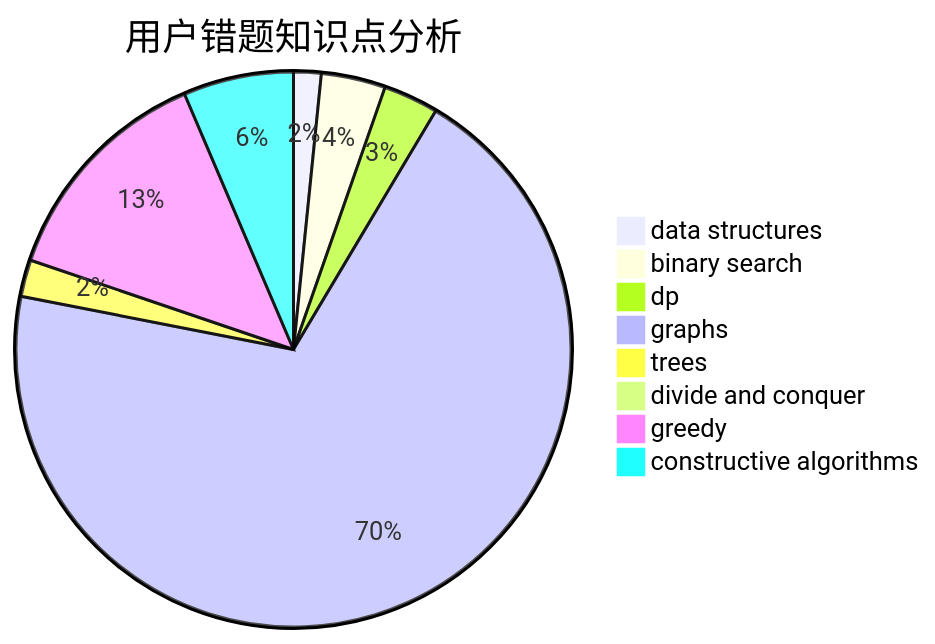
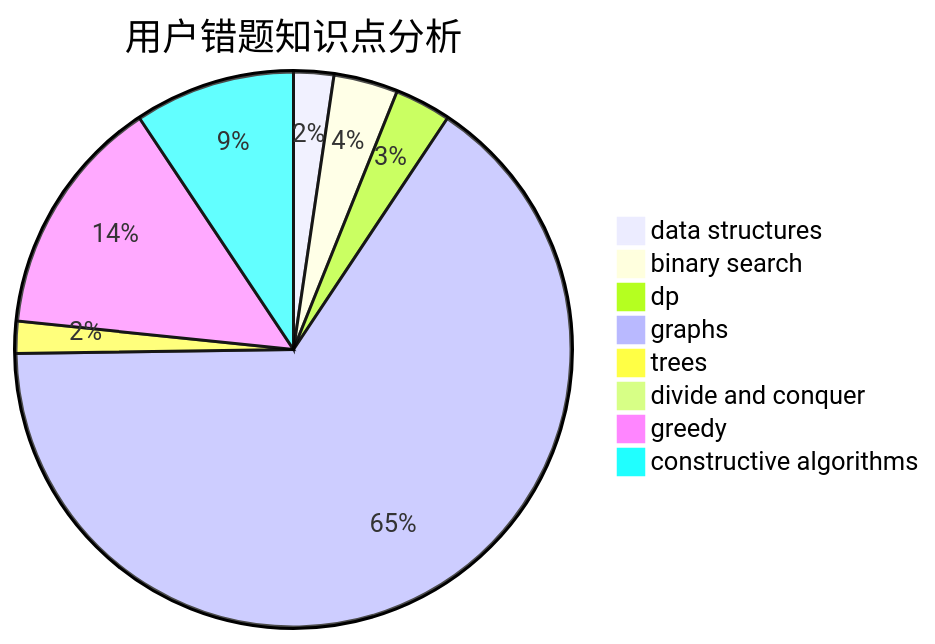
One commit to sherpahu/cfrs.github.io changed the third of 3 diagrams in docs/user/u2093.md. Above: the diagram before and after it, drawn with Mermaid. The commit also changed other lines of this file and 2770 other files, not shown here.

````diff
--- a/docs/user/u2093.md
+++ b/docs/user/u2093.md
@@ -36,11 +36,11 @@
 ```mermaid
 pie title 用户错题知识点分析
-    "data structures" :  3
-    "binary search" :  7
-    "dp" :  6
-    "graphs" :  130
+    "data structures" :  5
+    "binary search" :  8
+    "dp" :  7
+    "graphs" :  140
     "trees" :  4
     "divide and conquer" :  0
-    "greedy" :  25
-    "constructive algorithms" :  12
+    "greedy" :  30
+    "constructive algorithms" :  20
 ```
````
